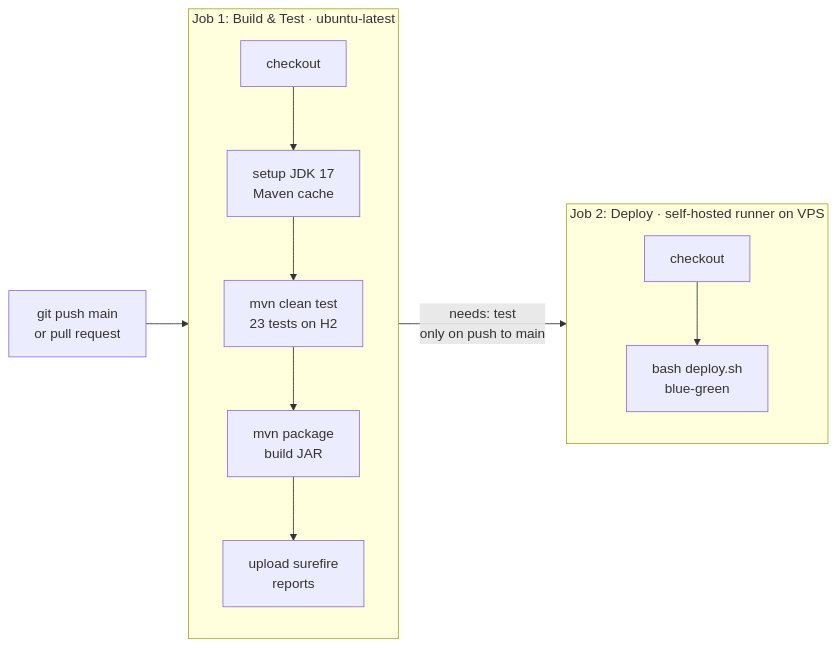
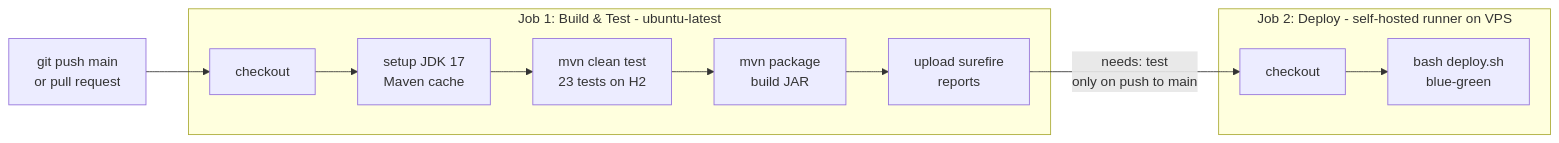
Before and after one commit to prakash-434/product-sync-platform: the third of 4 diagrams in README.md, drawn with Mermaid.

Commit message:
Fix pipeline diagrams: link steps, not subgraphs
An edge to a subgraph id before the subgraph was declared made GitHub's
Mermaid create a plain node with that id and fail to render the group.

````diff
--- a/README.md
+++ b/README.md
@@ -121,11 +121,12 @@
 ```mermaid
 flowchart LR
-    PUSH["git push main<br/>or pull request"] --> J1
-    subgraph J1 ["Job 1: Build & Test · ubuntu-latest"]
+    PUSH["git push main<br/>or pull request"]
+    subgraph J1 ["Job 1: Build & Test - ubuntu-latest"]
       A["checkout"] --> B["setup JDK 17<br/>Maven cache"] --> C["mvn clean test<br/>23 tests on H2"] --> D["mvn package<br/>build JAR"] --> E["upload surefire<br/>reports"]
     end
-    J1 -->|"needs: test<br/>only on push to main"| J2
-    subgraph J2 ["Job 2: Deploy · self-hosted runner on VPS"]
+    subgraph J2 ["Job 2: Deploy - self-hosted runner on VPS"]
       F["checkout"] --> G["bash deploy.sh<br/>blue-green"]
     end
+    PUSH --> A
+    E -->|"needs: test<br/>only on push to main"| F
 ```
````
